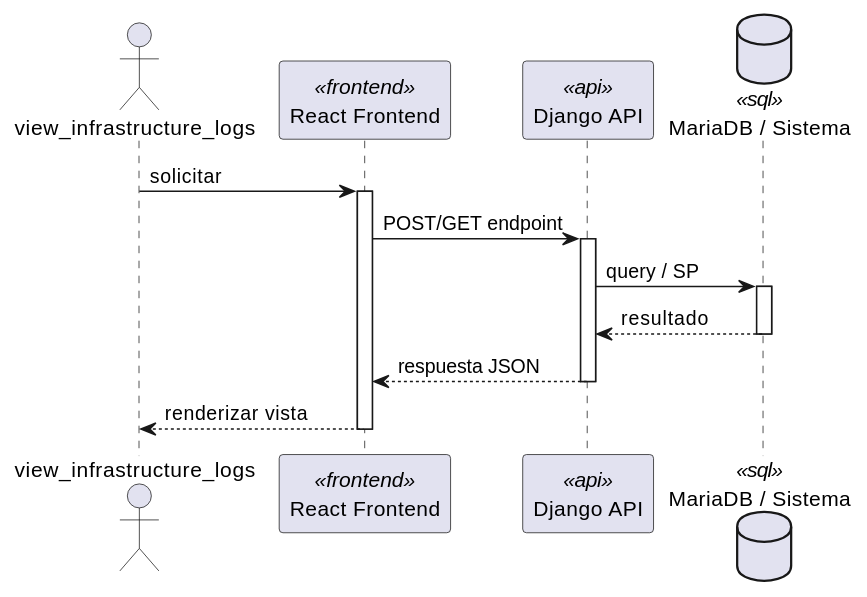
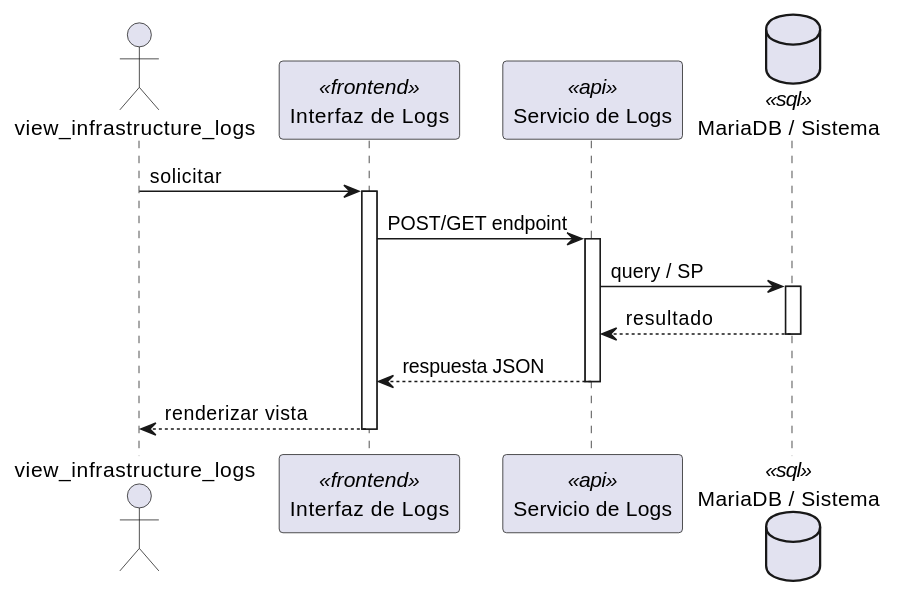
Before and after one commit to jcg-admin/IACT-docs: the first of 2 diagrams in source/arquitectura-tecnica/DesignView/log-05.rst, drawn with PlantUML. The commit also changed other lines of this file and 243 other files, not shown here.

First line of the commit message:
Add missing diagrams and fix participant names across Kruchten views

```diff
--- a/source/arquitectura-tecnica/DesignView/log-05.rst
+++ b/source/arquitectura-tecnica/DesignView/log-05.rst
@@ -22,28 +22,28 @@
 .. uml::
  :caption: UC_LOG_05 — Design View (secuencia)
 
  @startuml
 
  actor "view_infrastructure_logs" as view_infrastructure_logs
- participant "React Frontend" as Frontend <<frontend>>
- participant "Django API" as APIServer <<api>>
- database "MariaDB / Sistema" as BaseDatos <<sql>>
+ participant "Interfaz de Logs" as Iface <<frontend>>
+ participant "Servicio de Logs" as SvcNode <<api>>
+ database "MariaDB / Sistema" as Store <<sql>>
 
- view_infrastructure_logs -> Frontend : solicitar
- activate Frontend
+ view_infrastructure_logs -> Iface : solicitar
+ activate Iface
 
- Frontend -> APIServer : POST/GET endpoint
- activate APIServer
+ Iface -> SvcNode : POST/GET endpoint
+ activate SvcNode
 
- APIServer -> BaseDatos : query / SP
- activate BaseDatos
- BaseDatos --> APIServer : resultado
- deactivate BaseDatos
+ SvcNode -> Store : query / SP
+ activate Store
+ Store --> SvcNode : resultado
+ deactivate Store
 
- APIServer --> Frontend : respuesta JSON
- deactivate APIServer
+ SvcNode --> Iface : respuesta JSON
+ deactivate SvcNode
 
- Frontend --> view_infrastructure_logs : renderizar vista
- deactivate Frontend
+ Iface --> view_infrastructure_logs : renderizar vista
+ deactivate Iface
 
  @enduml
```
